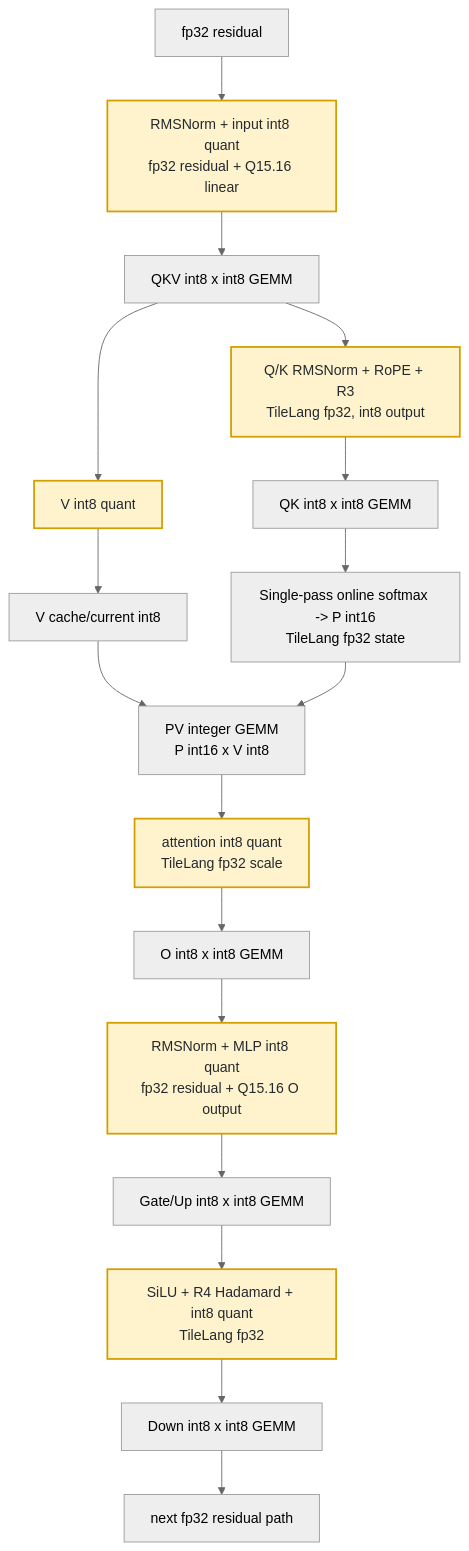
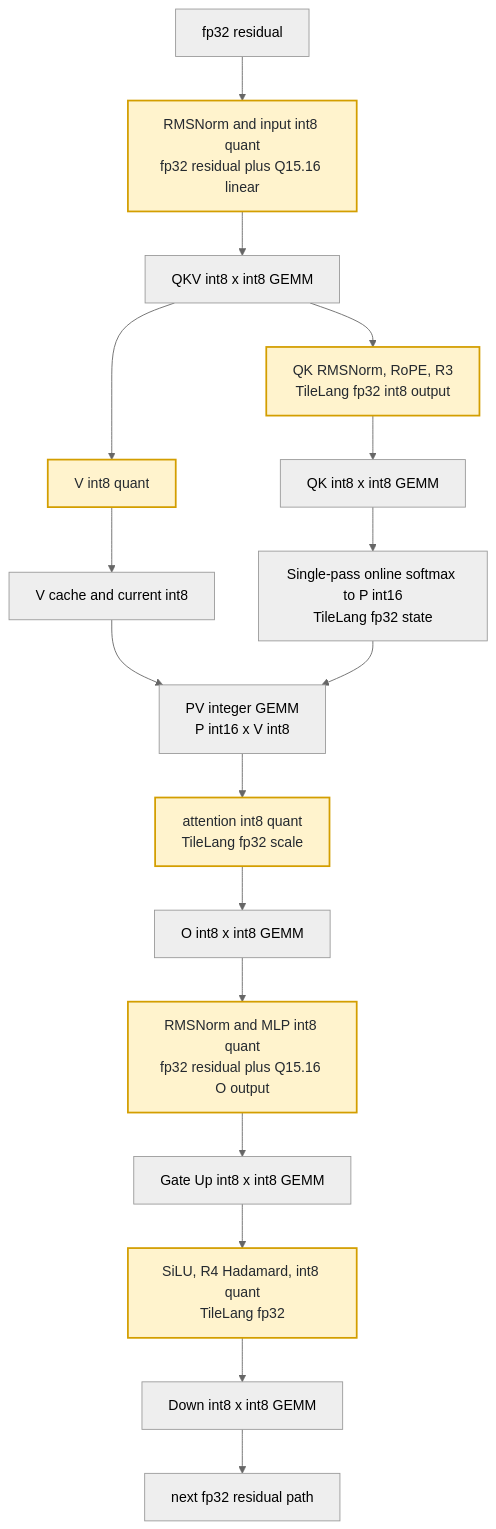
The second of 2 diagrams in examples/qwen3_int_only/README.md (54limiao/tilelang), drawn with Mermaid (neutral theme) before and after one commit. The commit also changed other lines of this file, not shown here.

Commit message:
Make qwen3 mermaid github compatible

````diff
--- a/examples/qwen3_int_only/README.md
+++ b/examples/qwen3_int_only/README.md
@@ -141,20 +142,21 @@
 ```mermaid
 flowchart TD
-  A[fp32 residual] --> B[RMSNorm + input int8 quant\nfp32 residual + Q15.16 linear]:::quant
-  B --> C[QKV int8 x int8 GEMM]
-  C --> D[Q/K RMSNorm + RoPE + R3\nTileLang fp32, int8 output]:::quant
-  C --> E[V int8 quant]:::quant
-  E --> F[V cache/current int8]
-  D --> G[QK int8 x int8 GEMM]
-  G --> H[Single-pass online softmax -> P int16\nTileLang fp32 state]
-  F --> J[PV integer GEMM\nP int16 x V int8]
+  A["fp32 residual"] --> B["RMSNorm and input int8 quant<br/>fp32 residual plus Q15.16 linear"]
+  B --> C["QKV int8 x int8 GEMM"]
+  C --> D["QK RMSNorm, RoPE, R3<br/>TileLang fp32 int8 output"]
+  C --> E["V int8 quant"]
+  E --> F["V cache and current int8"]
+  D --> G["QK int8 x int8 GEMM"]
+  G --> H["Single-pass online softmax to P int16<br/>TileLang fp32 state"]
+  F --> J["PV integer GEMM<br/>P int16 x V int8"]
   H --> J
-  J --> K[attention int8 quant\nTileLang fp32 scale]:::quant
-  K --> L[O int8 x int8 GEMM]
-  L --> M[RMSNorm + MLP int8 quant\nfp32 residual + Q15.16 O output]:::quant
-  M --> N[Gate/Up int8 x int8 GEMM]
-  N --> O[SiLU + R4 Hadamard + int8 quant\nTileLang fp32]:::quant
-  O --> P[Down int8 x int8 GEMM]
-  P --> Q[next fp32 residual path]
+  J --> K["attention int8 quant<br/>TileLang fp32 scale"]
+  K --> L["O int8 x int8 GEMM"]
+  L --> M["RMSNorm and MLP int8 quant<br/>fp32 residual plus Q15.16 O output"]
+  M --> N["Gate Up int8 x int8 GEMM"]
+  N --> O["SiLU, R4 Hadamard, int8 quant<br/>TileLang fp32"]
+  O --> P["Down int8 x int8 GEMM"]
+  P --> Q["next fp32 residual path"]
+  class B,D,E,K,M,O quant;
   classDef quant fill:#fff3cd,stroke:#d39e00,stroke-width:2px,color:#24292f;
 ```
````
